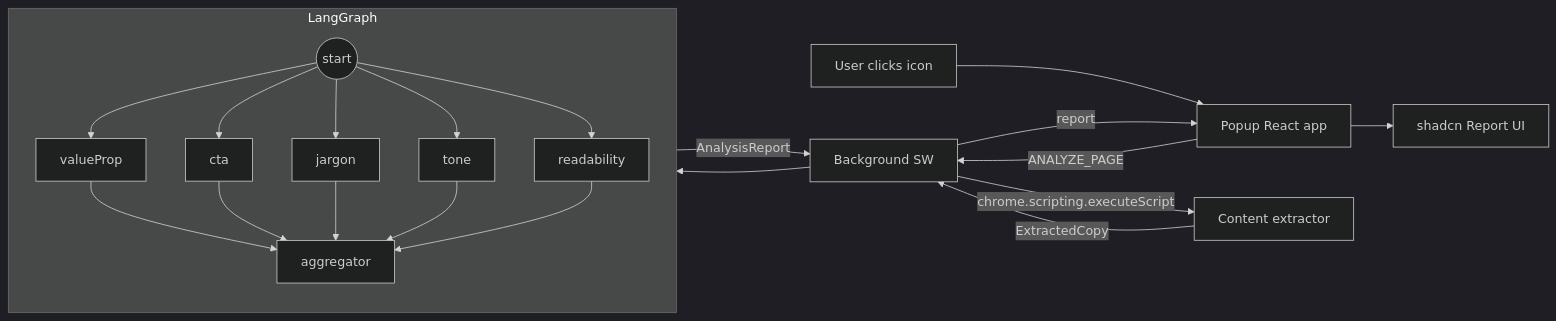
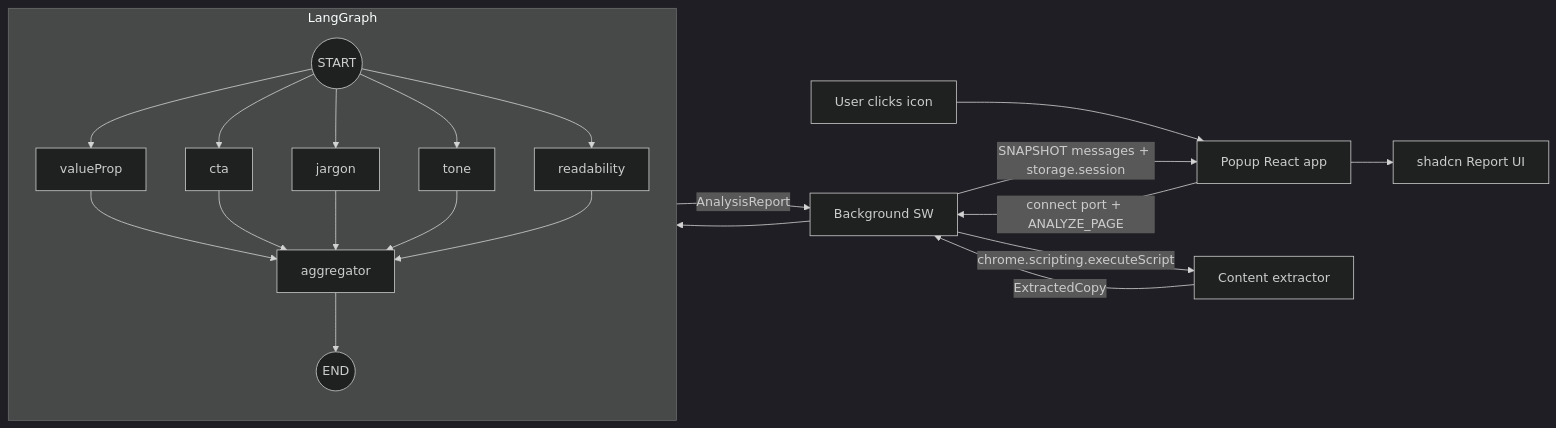
One commit to SachPlayZ/Strada changed the diagram in NOTES.md. Above: the diagram before and after it, drawn with Mermaid (dark theme). The commit also changed other lines of this file and 1 other file, not shown here.

````diff
--- a/NOTES.md
+++ b/NOTES.md
@@ -5,23 +5,24 @@
 ```mermaid
 flowchart LR
     user[User clicks icon] --> popup[Popup React app]
-    popup -->|ANALYZE_PAGE| bg[Background SW]
+    popup -->|connect port + ANALYZE_PAGE| bg[Background SW]
     bg -->|chrome.scripting.executeScript| cs[Content extractor]
     cs -->|ExtractedCopy| bg
     bg --> pipeline[LangGraph StateGraph]
     subgraph pipeline [LangGraph]
-        startNode((start)) --> vp[valueProp]
+        startNode((START)) --> vp[valueProp]
         startNode --> cta[cta]
         startNode --> jrg[jargon]
         startNode --> tone[tone]
         startNode --> readNode[readability]
         vp --> agg[aggregator]
         cta --> agg
         jrg --> agg
         tone --> agg
         readNode --> agg
+        agg --> endNode((END))
     end
     pipeline -->|AnalysisReport| bg
-    bg -->|report| popup
+    bg -->|SNAPSHOT messages + storage.session| popup
     popup --> ui[shadcn Report UI]
 ```
````
